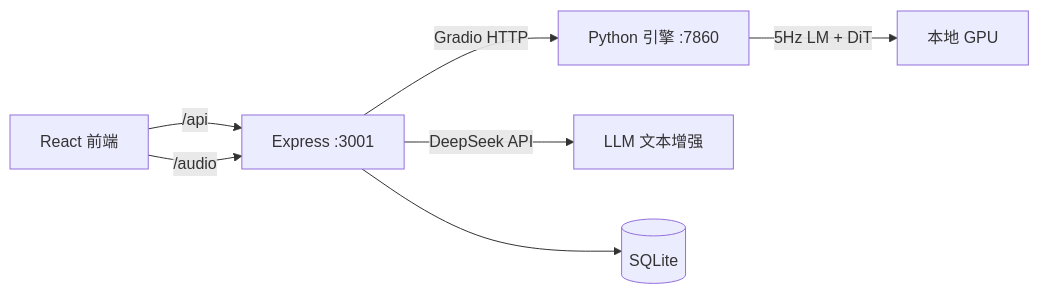
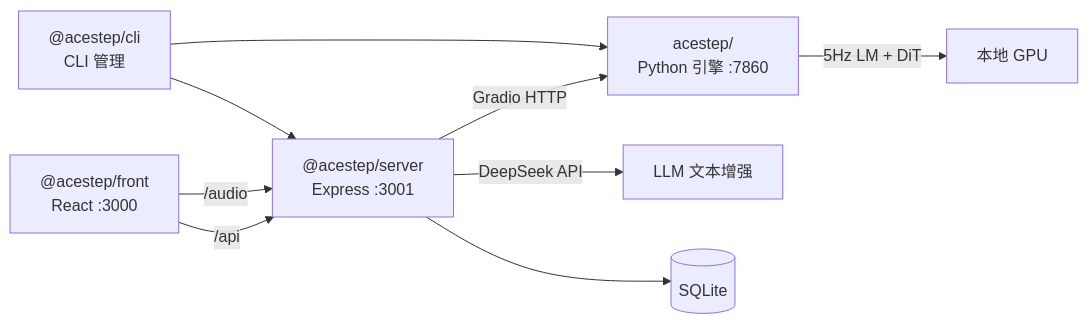
Before and after one commit to kuaizhongqiang/ACE-Step-1.5: the diagram in README.md, drawn with Mermaid. The commit also changed other lines of this file and 44 other files, not shown here.

First line of the commit message:
feat(m2): monorepo polish — type normalization, CLI engine mgmt, acestep.ts split, CreatePanel JSX (#43)

````diff
--- a/README.md
+++ b/README.md
@@ -27,9 +28,11 @@
 ```mermaid
 graph LR
-    A[React 前端] -->|/api| B[Express :3001]
-    B -->|Gradio HTTP| C[Python 引擎 :7860]
+    A["@acestep/front<br/>React :3000"] -->|/api| B["@acestep/server<br/>Express :3001"]
+    B -->|Gradio HTTP| C["acestep/<br/>Python 引擎 :7860"]
     B -->|DeepSeek API| D[LLM 文本增强]
     B --> E[(SQLite)]
     A -->|/audio| B
     C -->|5Hz LM + DiT| F[本地 GPU]
+    G["@acestep/cli<br/>CLI 管理"] --> B
+    G --> C
 ```
````
